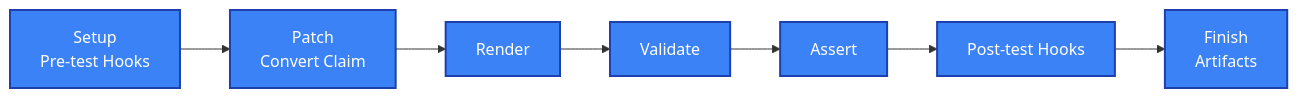
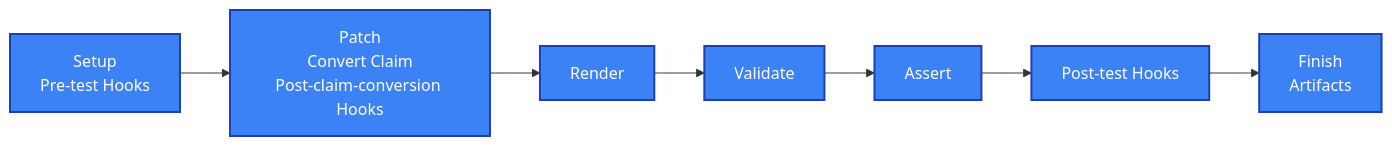
Before and after one commit to crossplane-contrib/xprin: the third of 4 diagrams in docs/architecture.md, drawn with Mermaid. The commit also changed other lines of this file and 25 other files, not shown here.

````diff
--- a/docs/architecture.md
+++ b/docs/architecture.md
@@ -119,12 +119,12 @@
 ```mermaid
 flowchart LR
-    A["Setup<br/>Pre-test Hooks"] --> B["Patch<br/>Convert Claim"]
+    A["Setup<br/>Pre-test Hooks"] --> B["Patch<br/>Convert Claim<br/>Post-claim-conversion Hooks"]
     B --> C["Render"]
     C --> D["Validate"]
     D --> E["Assert"]
     E --> F["Post-test Hooks"]
     F --> G["Finish<br/>Artifacts"]
 
     classDef xprin fill:#3b82f6,stroke:#1e40af,stroke-width:2px,color:#fff
     class A,B,C,D,E,F,G xprin
 ```
````
